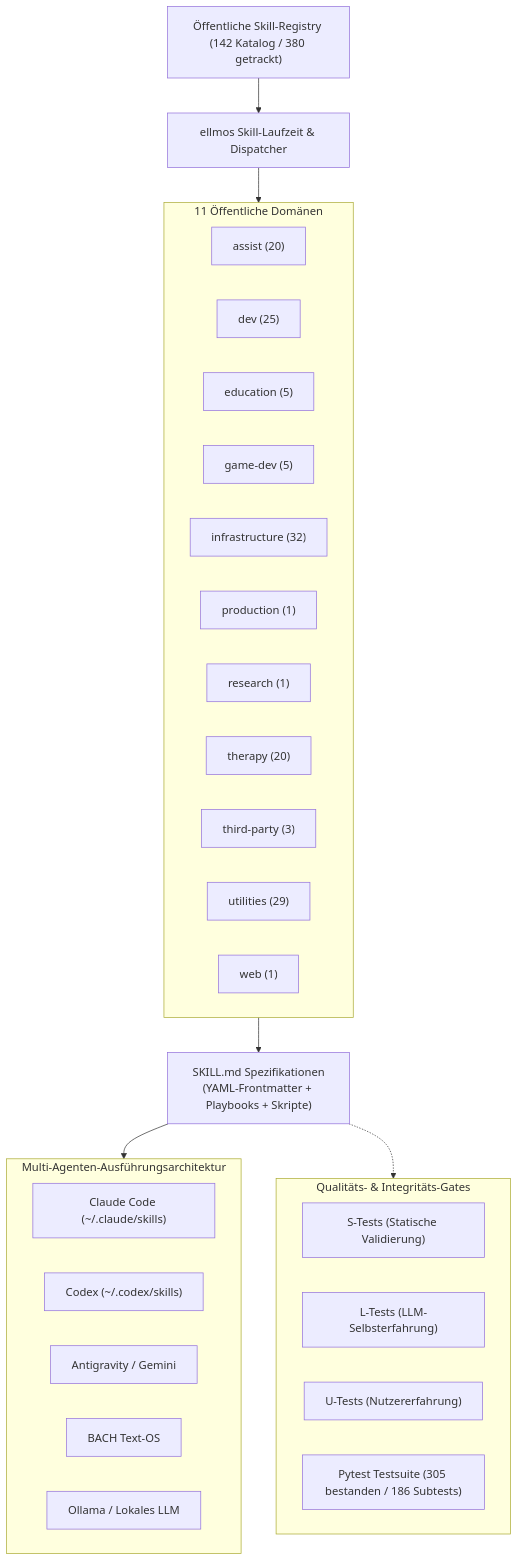
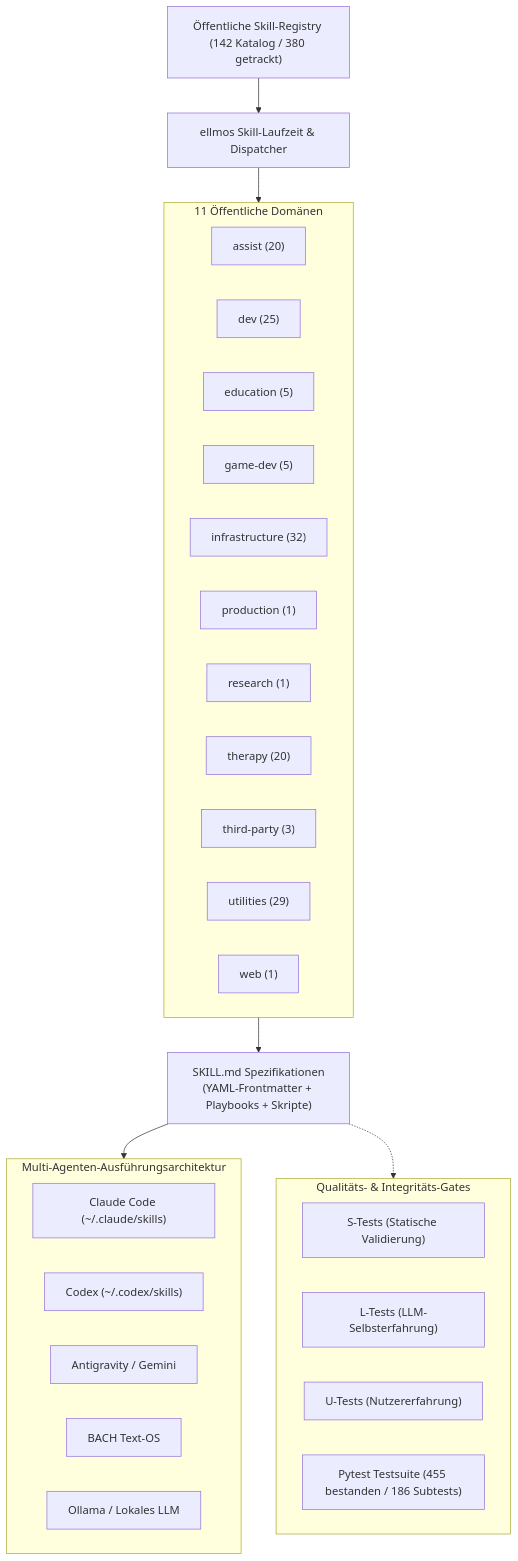
Before and after one commit to ellmos-ai/skills: the first of 2 diagrams in README_de.md, drawn with Mermaid. The commit also changed other lines of this file and 10 other files, not shown here.

First line of the commit message:
feat(marketing): discoverability, visual architecture, 18-point navigation parity & level 1 sbom companion (pfad b)

````diff
--- a/README_de.md
+++ b/README_de.md
@@ -72,40 +75,40 @@
 ```mermaid
 flowchart TD
     Registry["Öffentliche Skill-Registry (142 Katalog / 380 getrackt)"] --> Engine["ellmos Skill-Laufzeit & Dispatcher"]
     
     subgraph Catalog ["11 Öffentliche Domänen"]
         Assist["assist (20)"]
         Dev["dev (25)"]
         Edu["education (5)"]
         Game["game-dev (5)"]
         Infra["infrastructure (32)"]
         Prod["production (1)"]
         Res["research (1)"]
         Therapy["therapy (20)"]
         ThirdParty["third-party (3)"]
         Utils["utilities (29)"]
         Web["web (1)"]
     end
     
     Engine --> Catalog
     Catalog --> Artifacts["SKILL.md Spezifikationen<br/>(YAML-Frontmatter + Playbooks + Skripte)"]
     
     subgraph MultiAgentRuntimes ["Multi-Agenten-Ausführungsarchitektur"]
         ClaudeCode["Claude Code (~/.claude/skills)"]
         Codex["Codex (~/.codex/skills)"]
         AGY["Antigravity / Gemini"]
         BACH["BACH Text-OS"]
         LocalOllama["Ollama / Lokales LLM"]
     end
     
     Artifacts --> MultiAgentRuntimes
     
     subgraph QualityGates ["Qualitäts- & Integritäts-Gates"]
         STests["S-Tests (Statische Validierung)"]
         LTests["L-Tests (LLM-Selbsterfahrung)"]
         UTests["U-Tests (Nutzererfahrung)"]
-        PytestSuite["Pytest Testsuite (305 bestanden / 186 Subtests)"]
+        PytestSuite["Pytest Testsuite (455 bestanden / 186 Subtests)"]
     end
     
     Artifacts -.-> QualityGates
 ```
````
